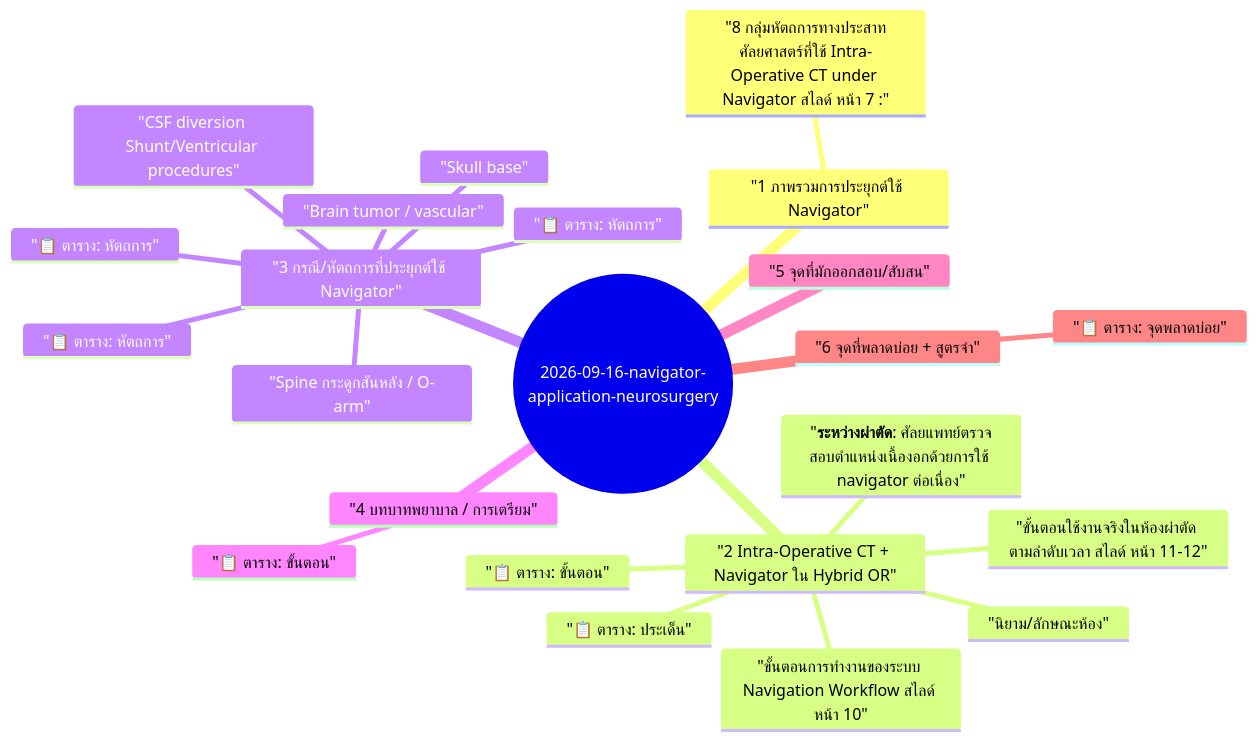
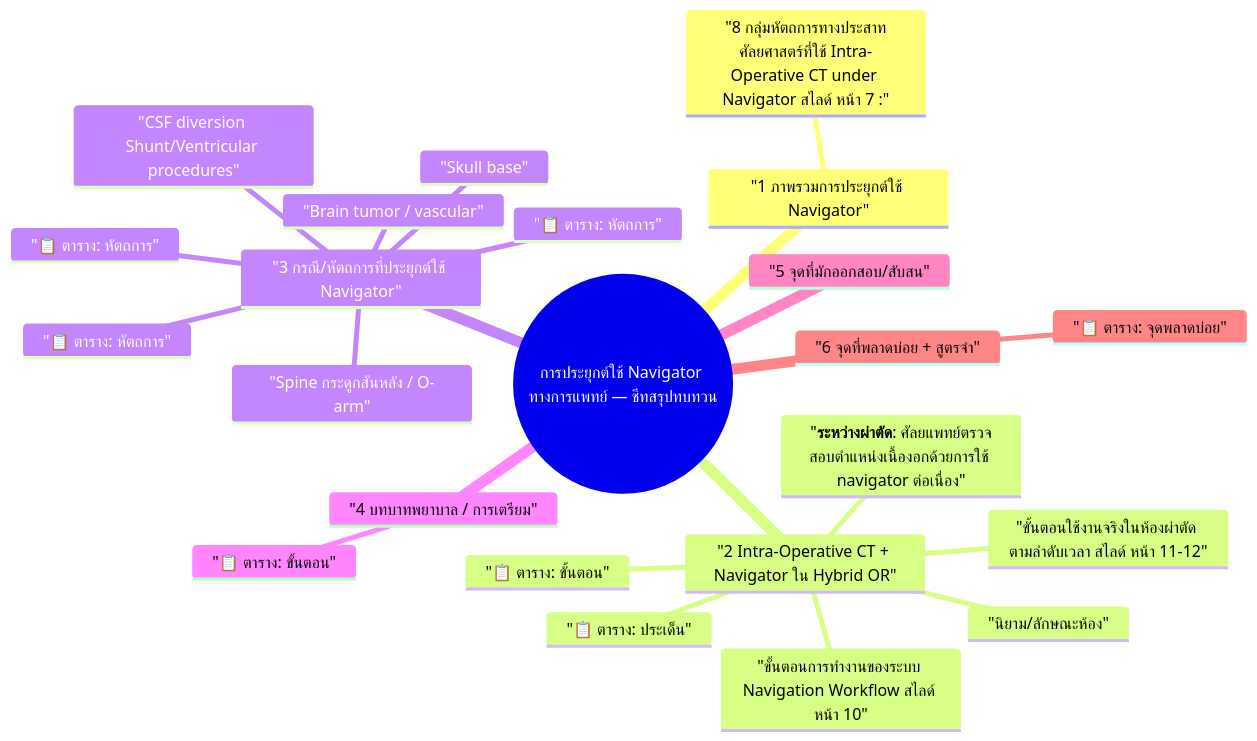
The diagram in neuro-navigator/2026-09-16-navigator-application-neurosurgery.mmd (kttwatt/periop-mu55), drawn with Mermaid before and after one commit. The commit also changed 1 other file, not shown here.

Commit message:
fix title heading: Navigator apply note

```diff
--- a/neuro-navigator/2026-09-16-navigator-application-neurosurgery.mmd
+++ b/neuro-navigator/2026-09-16-navigator-application-neurosurgery.mmd
@@ -1,24 +1,24 @@
 mindmap
-  root((2026-09-16-navigator-application-neurosurgery))
+  root((การประยุกต์ใช้ Navigator ทางการแพทย์ — ชีทสรุปทบทวน))
     "1 ภาพรวมการประยุกต์ใช้ Navigator"
       "8 กลุ่มหัตถการทางประสาทศัลยศาสตร์ที่ใช้ Intra-Operative CT under Navigator สไลด์ หน้า 7 :"
     "2 Intra-Operative CT + Navigator ใน Hybrid OR"
       "นิยาม/ลักษณะห้อง"
       "📋 ตาราง: ประเด็น"
       "ขั้นตอนการทำงานของระบบ Navigation Workflow สไลด์ หน้า 10"
       "📋 ตาราง: ขั้นตอน"
       "ขั้นตอนใช้งานจริงในห้องผ่าตัด ตามลำดับเวลา สไลด์ หน้า 11-12"
       "**ระหว่างผ่าตัด**: ศัลยแพทย์ตรวจสอบตำแหน่งเนื้องอกด้วยการใช้ navigator ต่อเนื่อง"
     "3 กรณี/หัตถการที่ประยุกต์ใช้ Navigator"
       "Brain tumor / vascular"
       "📋 ตาราง: หัตถการ"
       "Spine กระดูกสันหลัง / O-arm"
       "📋 ตาราง: หัตถการ"
       "CSF diversion Shunt/Ventricular procedures"
       "📋 ตาราง: หัตถการ"
       "Skull base"
     "4 บทบาทพยาบาล / การเตรียม"
       "📋 ตาราง: ขั้นตอน"
     "5 จุดที่มักออกสอบ/สับสน"
     "6 จุดที่พลาดบ่อย + สูตรจำ"
       "📋 ตาราง: จุดพลาดบ่อย"
```
